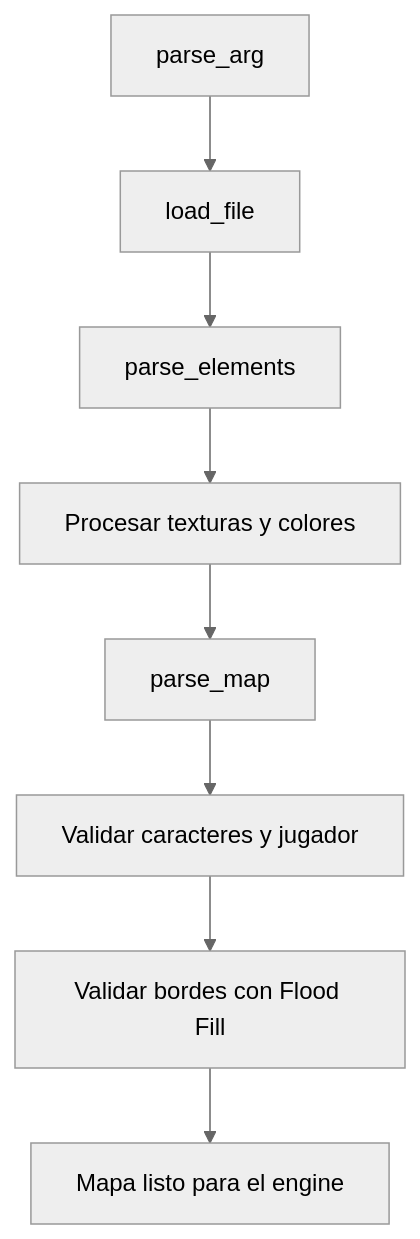
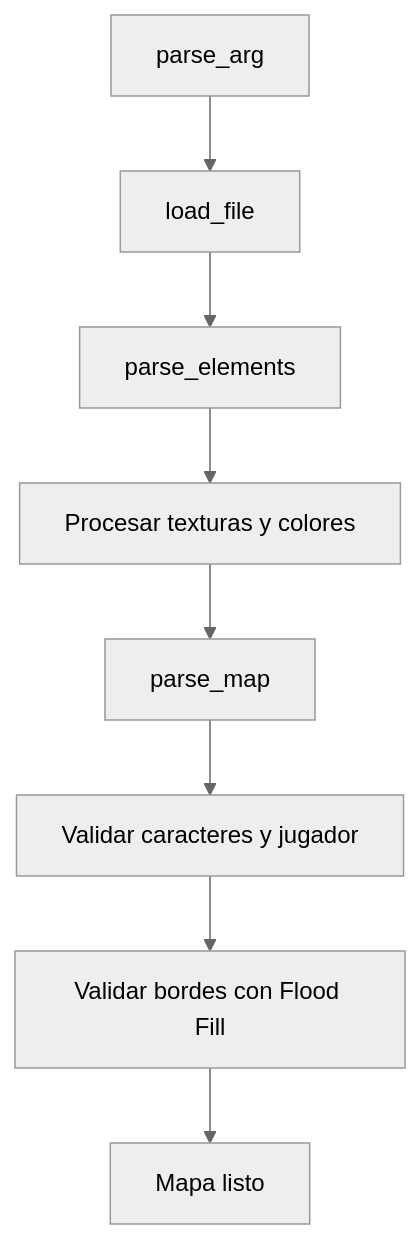
One commit to fran-byte/42-cub3D changed the diagram in README.md. Above: the diagram before and after it, drawn with Mermaid (neutral theme).

````diff
--- a/README.md
+++ b/README.md
@@ -337,10 +337,10 @@
 ```mermaid
 graph TD
     A[parse_arg] --> B[load_file]
     B --> C[parse_elements]
     C --> D[Procesar texturas y colores]
     D --> E[parse_map]
     E --> F[Validar caracteres y jugador]
     F --> G[Validar bordes con Flood Fill]
-    G --> H[Mapa listo para el engine]
+    G --> H[Mapa listo]
 ```
````
